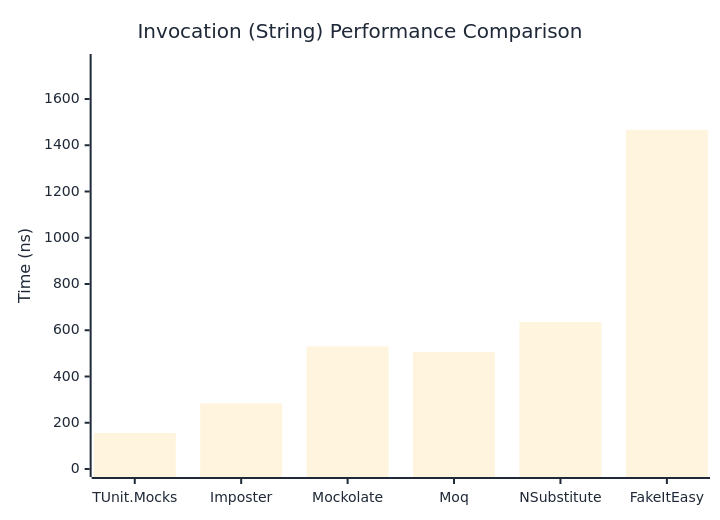
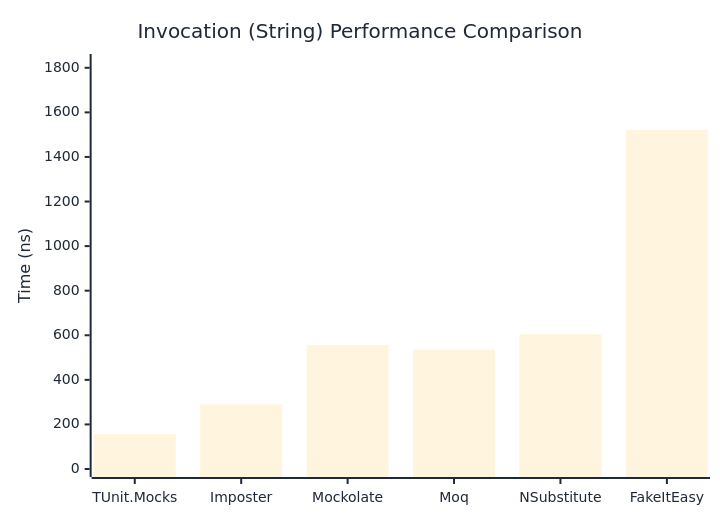
Before and after one commit to thomhurst/TUnit: the second of 3 diagrams in docs/docs/benchmarks/mocks/Invocation.md, drawn with Mermaid. The commit also changed other lines of this file and 14 other files, not shown here.

````diff
--- a/docs/docs/benchmarks/mocks/Invocation.md
+++ b/docs/docs/benchmarks/mocks/Invocation.md
@@ -69,27 +69,27 @@
 ```mermaid
 %%{init: {
   'theme':'base',
   'themeVariables': {
     'primaryColor': '#2563eb',
     'primaryTextColor': '#1f2937',
     'primaryBorderColor': '#1e40af',
     'lineColor': '#6b7280',
     'secondaryColor': '#7c3aed',
     'tertiaryColor': '#dc2626',
     'background': '#ffffff',
     'pie1': '#2563eb',
     'pie2': '#7c3aed',
     'pie3': '#dc2626',
     'pie4': '#f59e0b',
     'pie5': '#10b981',
     'pie6': '#06b6d4',
     'pie7': '#ec4899',
     'pie8': '#6366f1'
   }
 }}%%
 xychart-beta
   title "Invocation (String) Performance Comparison"
   x-axis ["TUnit.Mocks", "Imposter", "Mockolate", "Moq", "NSubstitute", "FakeItEasy"]
-  y-axis "Time (ns)" 0 --> 1760
-  bar [156, 283.9, 530.1, 505.7, 635.6, 1466.4]
+  y-axis "Time (ns)" 0 --> 1826
+  bar [156.6, 289.9, 557, 535.6, 604.4, 1521]
 ```
````
